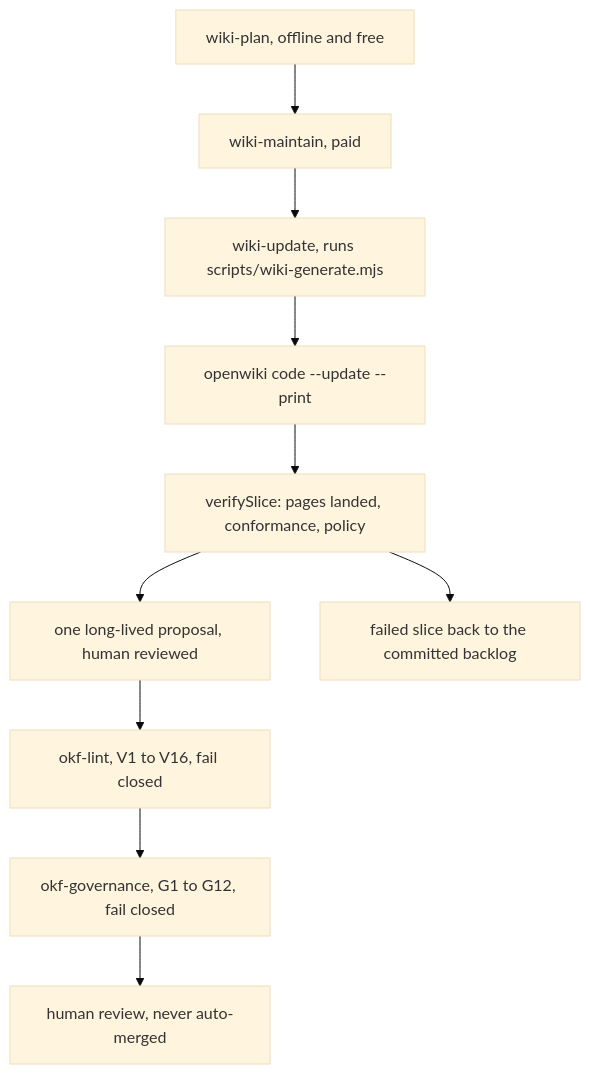
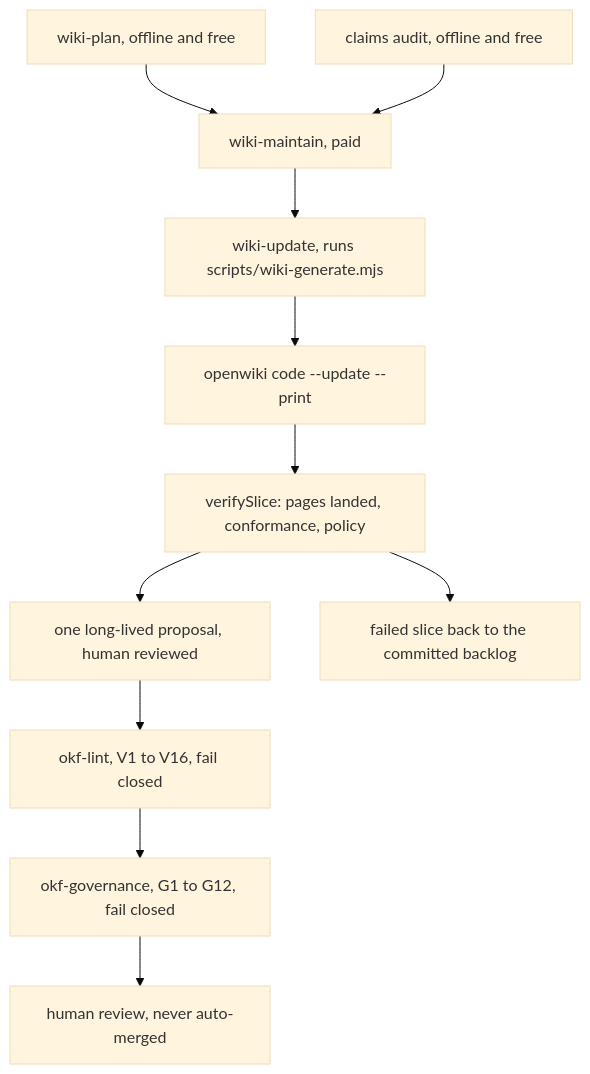
The diagram in openwiki/process/wiki-maintenance.md (jumbleknot/MovieCollectionManager), drawn with Mermaid (base theme) before and after one commit. The commit also changed other lines of this file and 17 other files, not shown here.

````diff
--- a/openwiki/process/wiki-maintenance.md
+++ b/openwiki/process/wiki-maintenance.md
@@ -76,12 +83,13 @@
 ```mermaid
 flowchart TD
     Plan["wiki-plan, offline and free"] --> Maintain["wiki-maintain, paid"]
+    Audit["claims audit, offline and free"] --> Maintain
     Maintain --> Generate["wiki-update, runs scripts/wiki-generate.mjs"]
     Generate --> Cli["openwiki code --update --print"]
     Cli --> Verify["verifySlice: pages landed, conformance, policy"]
     Verify --> Proposal["one long-lived proposal, human reviewed"]
     Verify --> Backlog["failed slice back to the committed backlog"]
     Proposal --> Lint["okf-lint, V1 to V16, fail closed"]
     Lint --> Gov["okf-governance, G1 to G12, fail closed"]
     Gov --> Review["human review, never auto-merged"]
 ```
````
